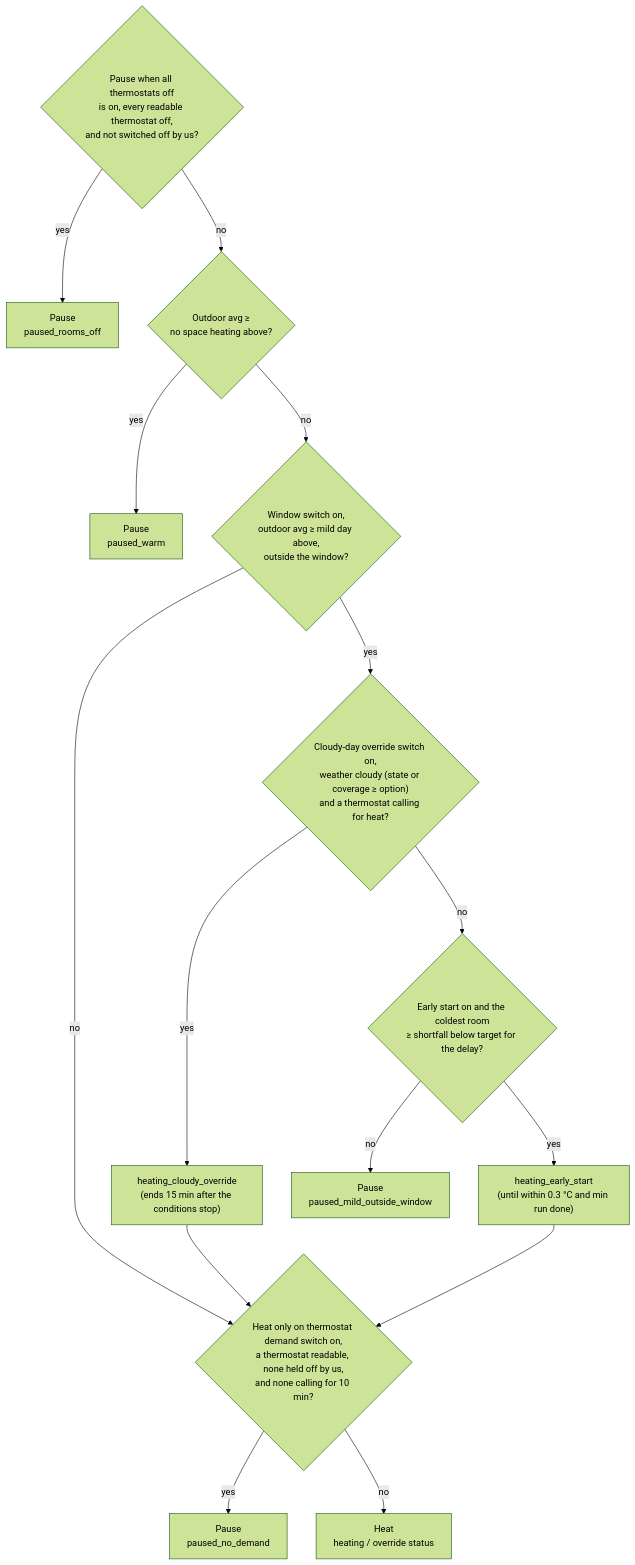
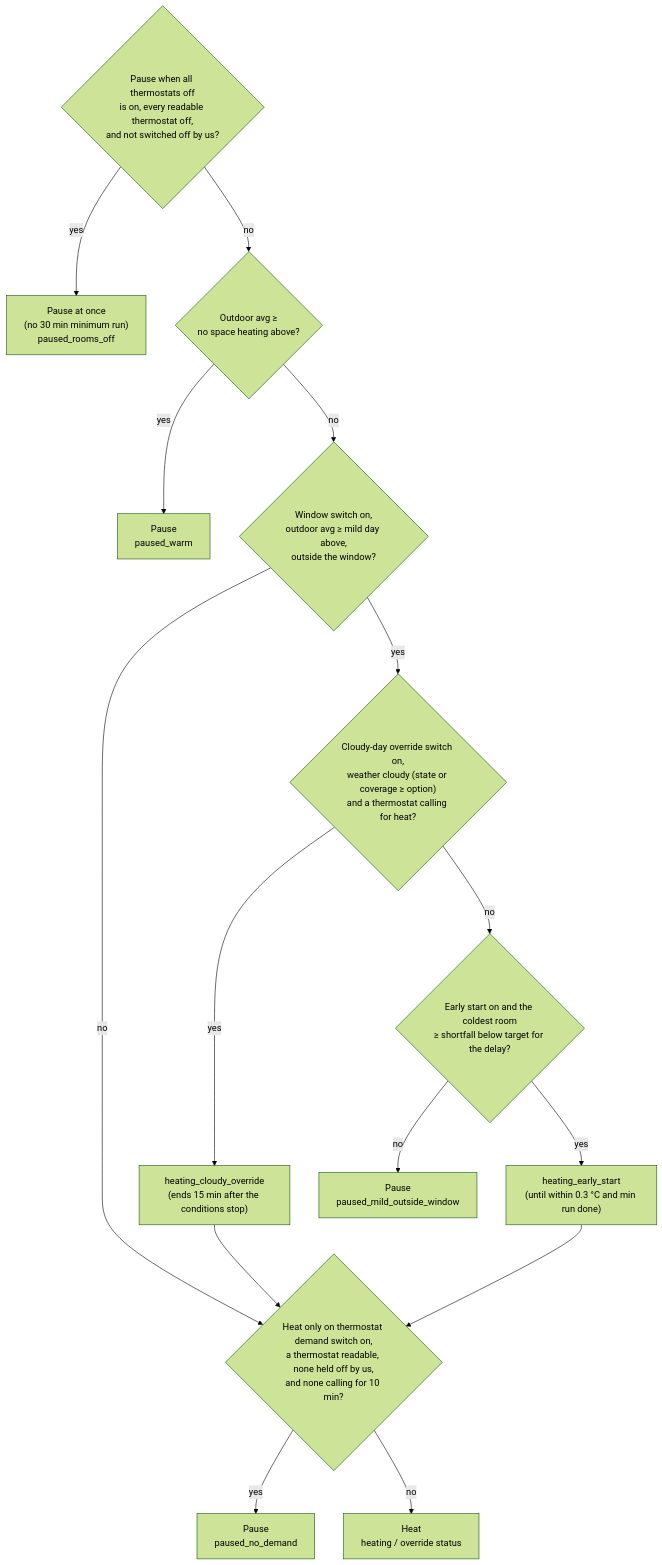
One commit to cocooma/daikin_dcom changed the second of 4 diagrams in docs/smart-heating-logic.md. Above: the diagram before and after it, drawn with Mermaid (forest theme). The commit also changed other lines of this file and 7 other files, not shown here.

First line of the commit message:
All thermostats off: heating off at once; keep thermostats off in cooling

````diff
--- a/docs/smart-heating-logic.md
+++ b/docs/smart-heating-logic.md
@@ -42,17 +43,17 @@
 ```mermaid
 flowchart TD
     q0{"Pause when all thermostats off<br/>is on, every readable thermostat off,<br/>and not switched off by us?"}
-    q0 -- yes --> roomsoff["Pause<br/>paused_rooms_off"]
+    q0 -- yes --> roomsoff["Pause at once<br/>(no 30 min minimum run)<br/>paused_rooms_off"]
     q0 -- no --> q1{"Outdoor avg ≥<br/>no space heating above?"}
     q1 -- yes --> warm["Pause<br/>paused_warm"]
     q1 -- no --> q2{"Window switch on,<br/>outdoor avg ≥ mild day above,<br/>outside the window?"}
     q2 -- no --> dem
     q2 -- yes --> q3{"Cloudy-day override switch on,<br/>weather cloudy (state or coverage ≥ option)<br/>and a thermostat calling for heat?"}
     q3 -- yes --> cloudy["heating_cloudy_override<br/>(ends 15 min after the conditions stop)"] --> dem
     q3 -- no --> q4{"Early start on and the coldest room<br/>≥ shortfall below target for the delay?"}
     q4 -- yes --> early["heating_early_start<br/>(until within 0.3 °C and min run done)"] --> dem
     q4 -- no --> mild["Pause<br/>paused_mild_outside_window"]
     dem{"Heat only on thermostat demand switch on,<br/>a thermostat readable, none held off by us,<br/>and none calling for 10 min?"}
     dem -- yes --> nodemand["Pause<br/>paused_no_demand"]
     dem -- no --> heat["Heat<br/>heating / override status"]
 ```
````
